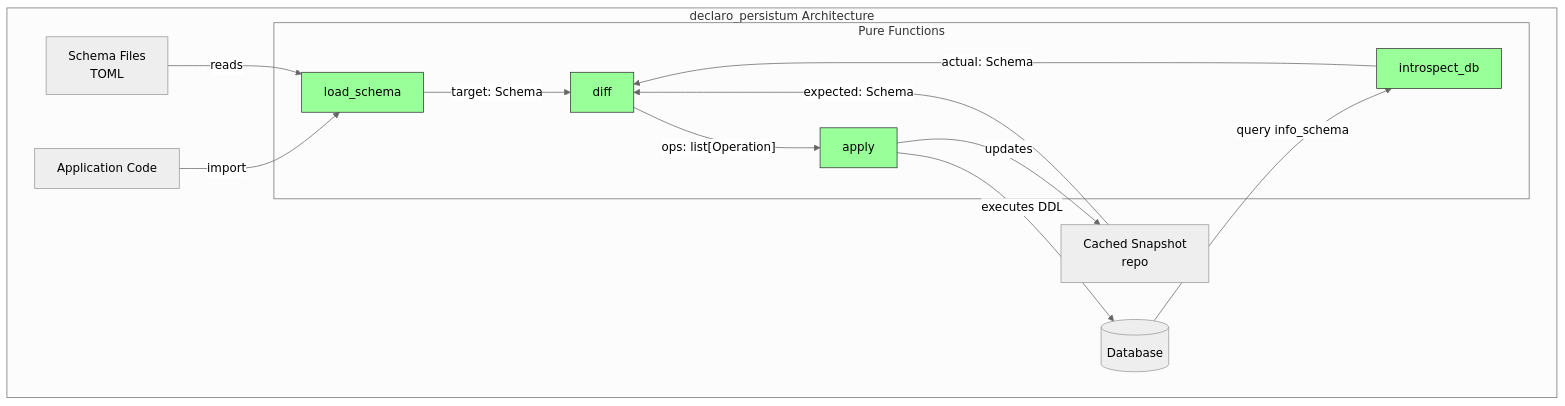
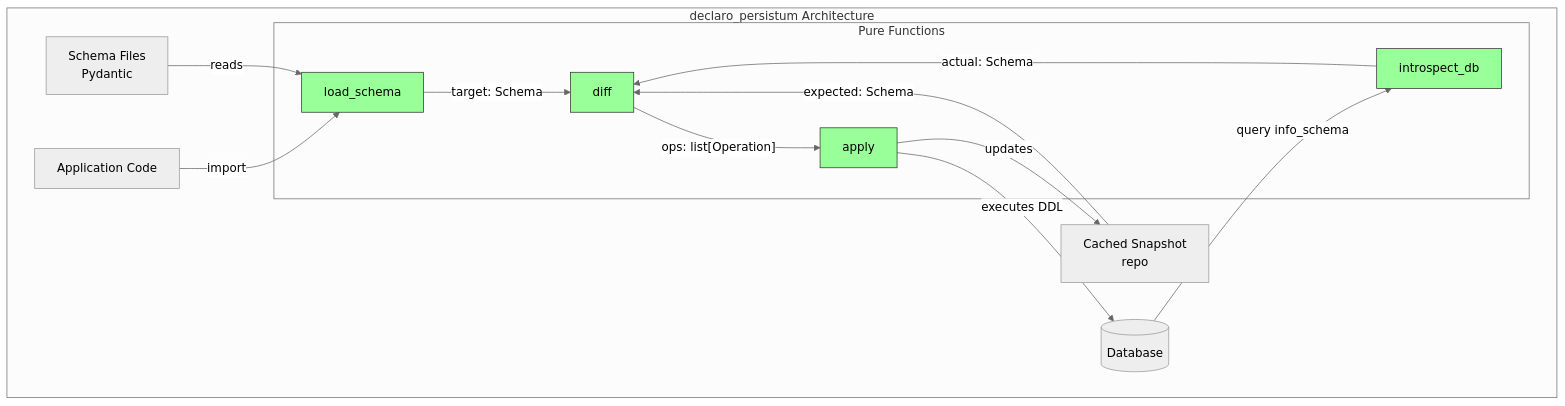
One commit to adamzwasserman/declaro changed the second of 6 diagrams in packages/declaro-persistum/docs/architecture/declaro_persistum_architecture.md. Above: the diagram before and after it, drawn with Mermaid (neutral theme). The commit also changed other lines of this file and 16 other files, not shown here.

First line of the commit message:
feat: add enum abstraction and update docs for Pydantic-only schema

````diff
--- a/packages/declaro-persistum/docs/architecture/declaro_persistum_architecture.md
+++ b/packages/declaro-persistum/docs/architecture/declaro_persistum_architecture.md
@@ -94,34 +94,34 @@
 ```mermaid
 graph TB
     subgraph "declaro_persistum Architecture"
         App[Application Code]
-        Schema[Schema Files<br/>TOML]
+        Schema[Schema Files<br/>Pydantic]
         Snapshot[Cached Snapshot<br/>repo]
         
         subgraph "Pure Functions"
             Load[load_schema]
             Introspect[introspect_db]
             Diff[diff]
             Apply[apply]
         end
         
         DB[(Database)]
         
         App -->|"import"| Load
         Schema -->|"reads"| Load
         Load -->|"target: Schema"| Diff
         
         DB -->|"query info_schema"| Introspect
         Introspect -->|"actual: Schema"| Diff
         Snapshot -->|"expected: Schema"| Diff
         
         Diff -->|"ops: list[Operation]"| Apply
         Apply -->|"executes DDL"| DB
         Apply -->|"updates"| Snapshot
     end
     
     style Load fill:#9f9,stroke:#333
     style Introspect fill:#9f9,stroke:#333
     style Diff fill:#9f9,stroke:#333
     style Apply fill:#9f9,stroke:#333
 ```
````
